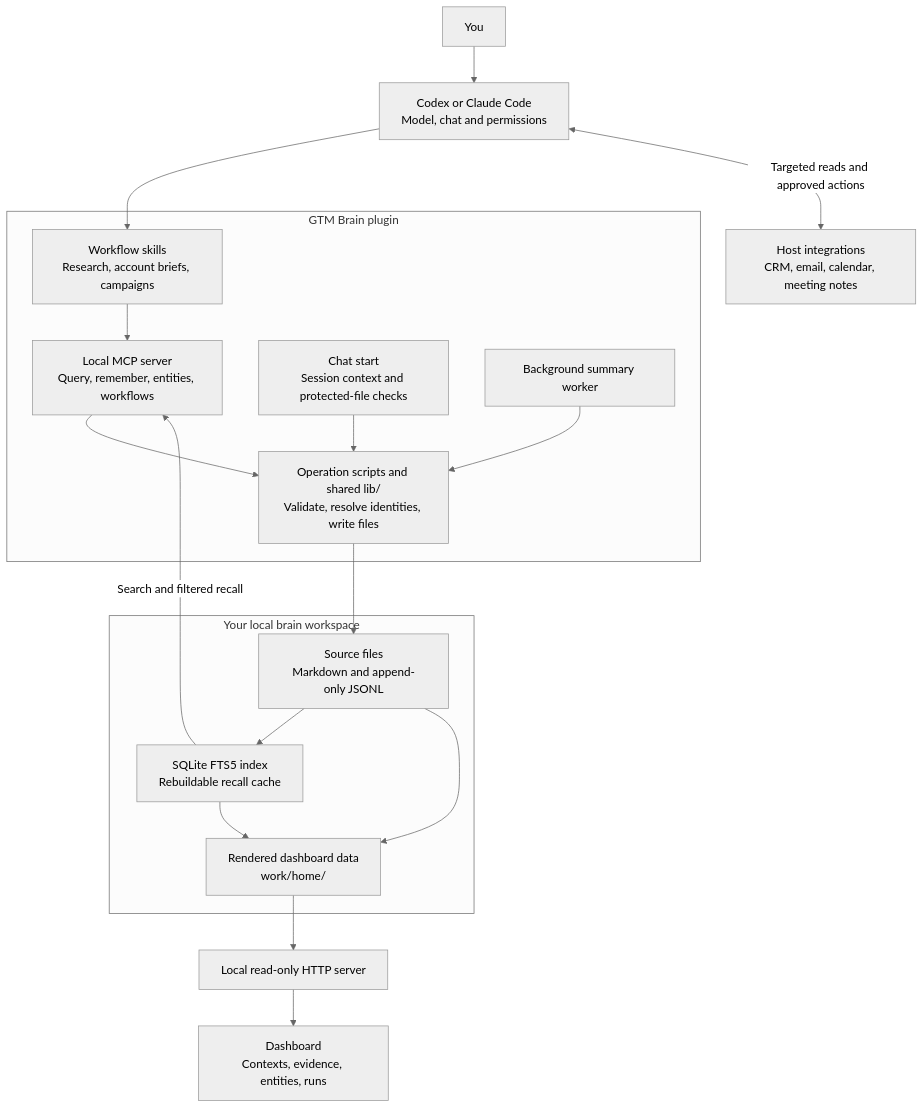
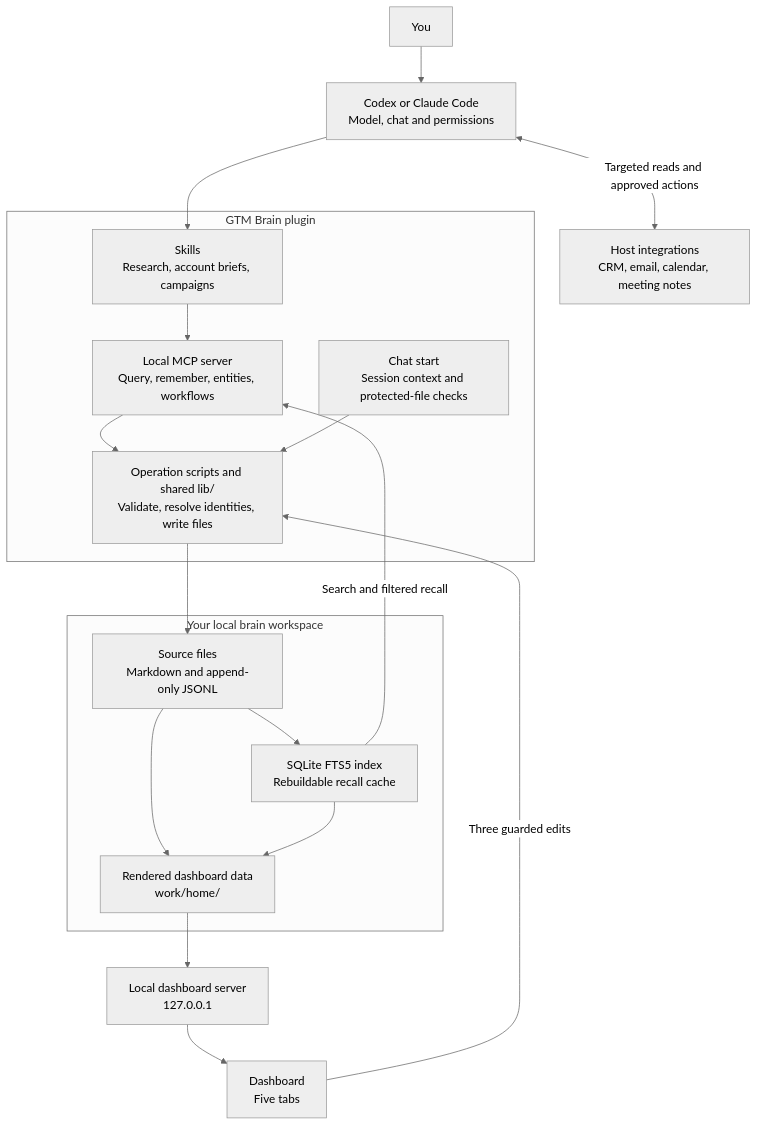
Before and after one commit to gtm-week/gtm-brain: the third of 4 diagrams in README.md, drawn with Mermaid (neutral theme). The commit also changed other lines of this file, not shown here.

First line of the commit message:
README: every part of the brain, with the four parts, the chat, tools, team and updating

````diff
--- a/README.md
+++ b/README.md
@@ -252,27 +547,27 @@
 ```mermaid
 flowchart TB
   person["You"] --> chat["Codex or Claude Code<br/>Model, chat and permissions"]
-  chat --> skills["Workflow skills<br/>Research, account briefs, campaigns"]
+  chat --> skills["Skills<br/>Research, account briefs, campaigns"]
   chat <-->|"Targeted reads and approved actions"| connectors["Host integrations<br/>CRM, email, calendar, meeting notes"]
 
   subgraph plugin["GTM Brain plugin"]
     skills --> mcp["Local MCP server<br/>Query, remember, entities, workflows"]
     mcp --> operations["Operation scripts and shared lib/<br/>Validate, resolve identities, write files"]
     session["Chat start<br/>Session context and protected-file checks"] --> operations
-    worker["Background summary worker"] --> operations
   end
 
   subgraph workspace["Your local brain workspace"]
     files["Source files<br/>Markdown and append-only JSONL"]
     index["SQLite FTS5 index<br/>Rebuildable recall cache"]
     view["Rendered dashboard data<br/>work/home/"]
   end
 
   operations --> files
   files --> index
   index -->|"Search and filtered recall"| mcp
   files --> view
   index --> view
-  view --> server["Local read-only HTTP server"]
-  server --> dashboard["Dashboard<br/>Contexts, evidence, entities, runs"]
+  view --> server["Local dashboard server<br/>127.0.0.1"]
+  server --> dashboard["Dashboard<br/>Five tabs"]
+  dashboard -->|"Three guarded edits"| operations
 ```
````
